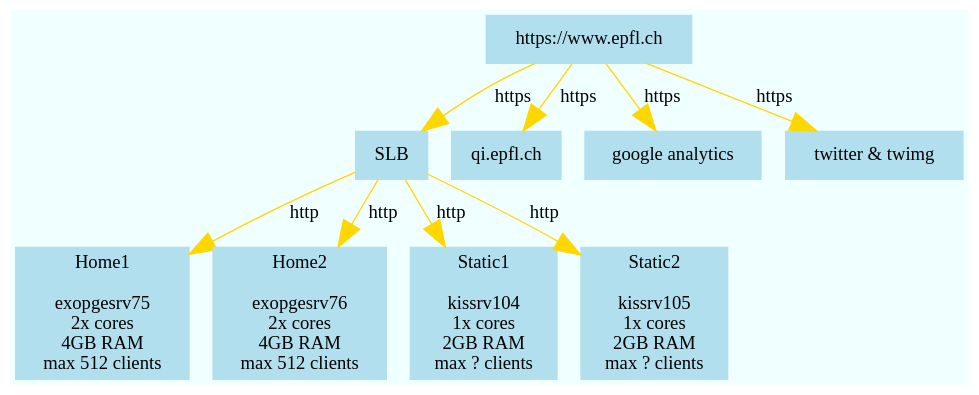
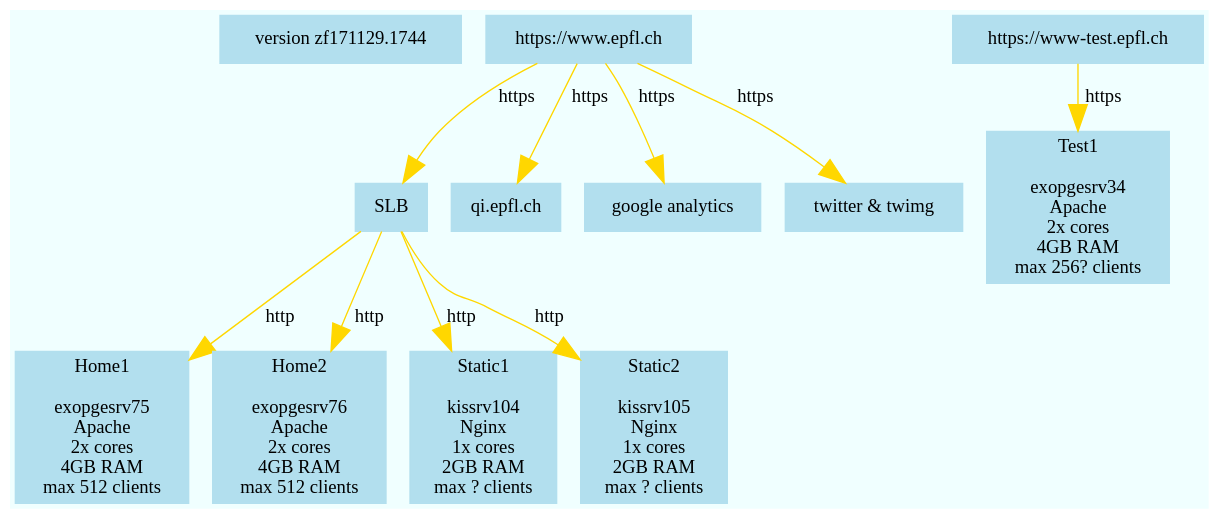
The diagram in projets/www_epfl/infra_www.epfl.ch.dot (epfl-sdf/elk_log), drawn with Graphviz before and after one commit. The commit also changed 1 other file, not shown here.

```diff
--- a/projets/www_epfl/infra_www.epfl.ch.dot
+++ b/projets/www_epfl/infra_www.epfl.ch.dot
@@ -1,22 +1,27 @@
 digraph G {
         bgcolor=azure;
         node [shape=box, color=lightblue2, style=filled];
         edge [arrowsize=2, color=gold];
+        "version zf171129.1744";
         www -> SLB [label="https"];
         SLB -> Home1 [label="http"];
         SLB -> Home2 [label="http"];
         SLB -> Static1 [label="http"];
         SLB -> Static2 [label="http"];
         www -> qi [label="https"];
         www -> google [label="https"];
         www -> twitter [label="https"];
 
         www [label="https://www.epfl.ch"];
-        Home1 [label="Home1\n\nexopgesrv75\n2x cores\n4GB RAM\nmax 512 clients"];
-        Home2 [label="Home2\n\nexopgesrv76\n2x cores\n4GB RAM\nmax 512 clients"];
-        Static1 [label="Static1\n\nkissrv104\n1x cores\n2GB RAM\nmax ? clients"];
-        Static2 [label="Static2\n\nkissrv105\n1x cores\n2GB RAM\nmax ? clients"];
+        Home1 [label="Home1\n\nexopgesrv75\nApache\n2x cores\n4GB RAM\nmax 512 clients"];
+        Home2 [label="Home2\n\nexopgesrv76\nApache\n2x cores\n4GB RAM\nmax 512 clients"];
+        Static1 [label="Static1\n\nkissrv104\nNginx\n1x cores\n2GB RAM\nmax ? clients"];
+        Static2 [label="Static2\n\nkissrv105\nNginx\n1x cores\n2GB RAM\nmax ? clients"];
         qi [label="qi.epfl.ch"];
         twitter [label="twitter & twimg"];
         google [label="google analytics"];
+
+        www_test -> Test1 [label="https"];
+        www_test [label="https://www-test.epfl.ch"];
+        Test1 [label="Test1\n\nexopgesrv34\nApache\n2x cores\n4GB RAM\nmax 256? clients"];
 }
```
